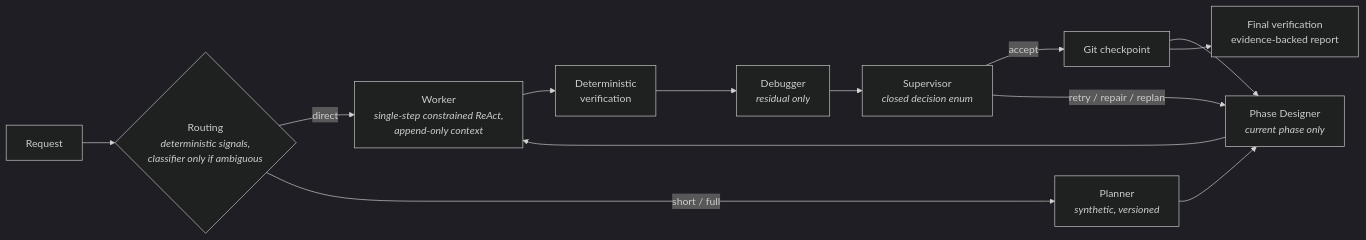
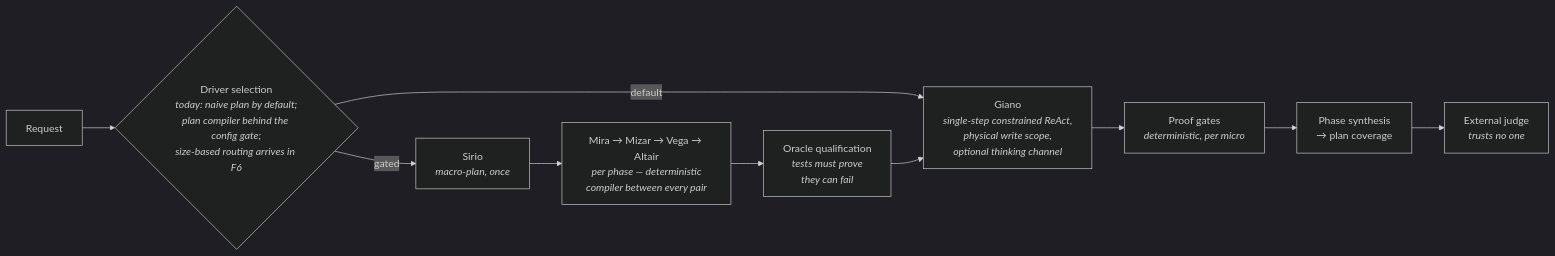
Before and after one commit to Frostmoore/RedGiant: the diagram in README.md, drawn with Mermaid (dark theme). The commit also changed other lines of this file, not shown here.

Commit message:
v4.1.1+6: README armonizzato allo stato vero - status/badge v4.1.x con campagna thinking, F20 con griglia 7 bracci + scalpo T002, diagramma pipeline attuale (via ruoli deprecati/inesistenti), sezioni Interlude e Thinking campaign nella roadmap, repo map coi due piani

````diff
--- a/README.md
+++ b/README.md
@@ -247,14 +250,12 @@
 ```mermaid
 flowchart LR
-    A[Request] --> B{Routing<br/><i>deterministic signals,<br/>classifier only if ambiguous</i>}
-    B -->|direct| W
-    B -->|short / full| C[Planner<br/><i>synthetic, versioned</i>]
-    C --> D[Phase Designer<br/><i>current phase only</i>]
-    D --> W[Worker<br/><i>single-step constrained ReAct,<br/>append-only context</i>]
-    W --> V[Deterministic<br/>verification]
-    V --> DB[Debugger<br/><i>residual only</i>]
-    DB --> S[Supervisor<br/><i>closed decision enum</i>]
-    S -->|accept| K[Git checkpoint] --> D
-    S -->|retry / repair / replan| D
-    K --> F[Final verification<br/>evidence-backed report]
+    A[Request] --> B{Driver selection<br/><i>today: naive plan by default;<br/>plan compiler behind the config gate;<br/>size-based routing arrives in F6</i>}
+    B -->|default| W[Giano<br/><i>single-step constrained ReAct,<br/>physical write scope,<br/>optional thinking channel</i>]
+    B -->|gated| S1[Sirio<br/><i>macro-plan, once</i>]
+    S1 --> M[Mira → Mizar → Vega → Altair<br/><i>per phase — deterministic<br/>compiler between every pair</i>]
+    M --> OQ[Oracle qualification<br/><i>tests must prove<br/>they can fail</i>]
+    OQ --> W
+    W --> V[Proof gates<br/><i>deterministic, per micro</i>]
+    V --> SY[Phase synthesis<br/>→ plan coverage]
+    SY --> F[External judge<br/><i>trusts no one</i>]
 ```
````
